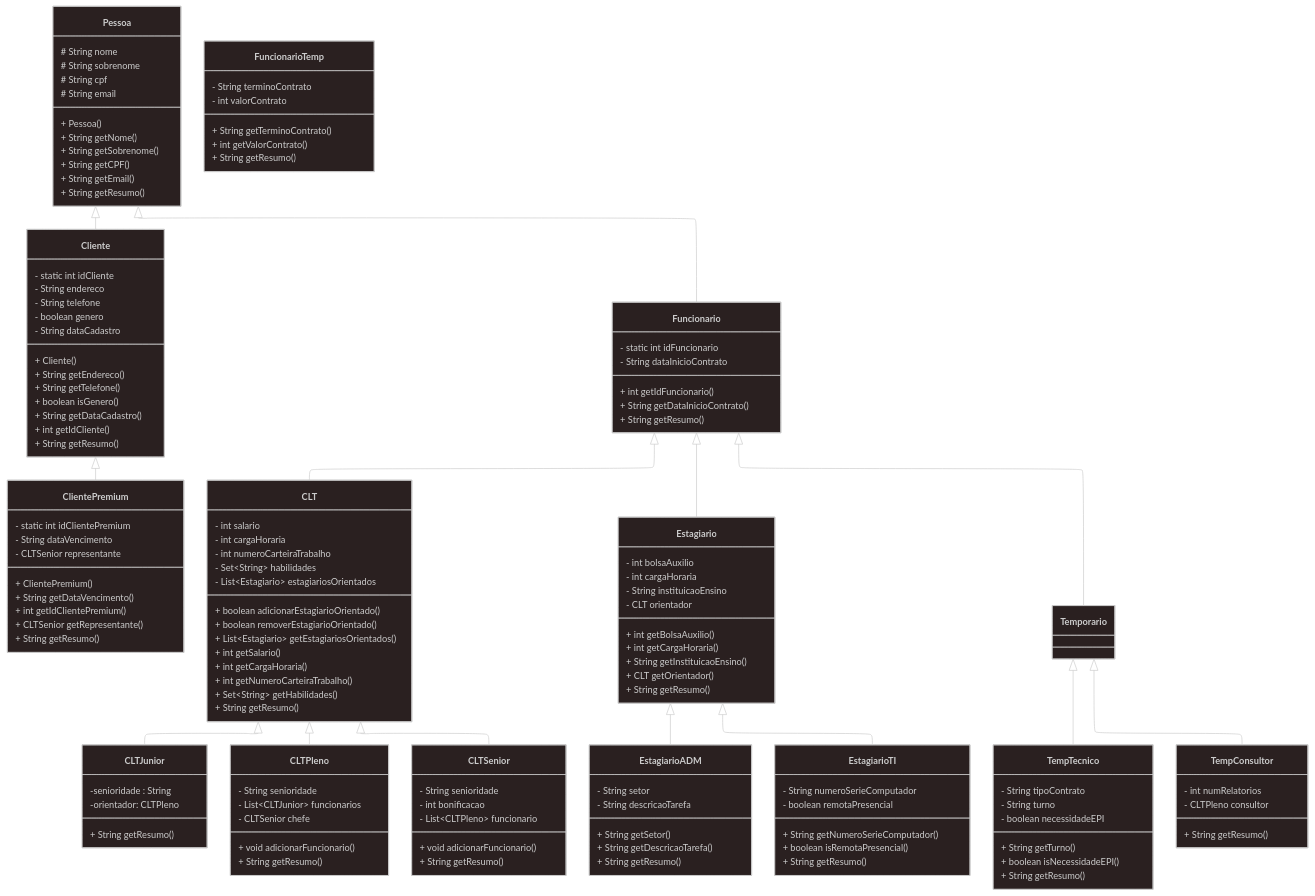
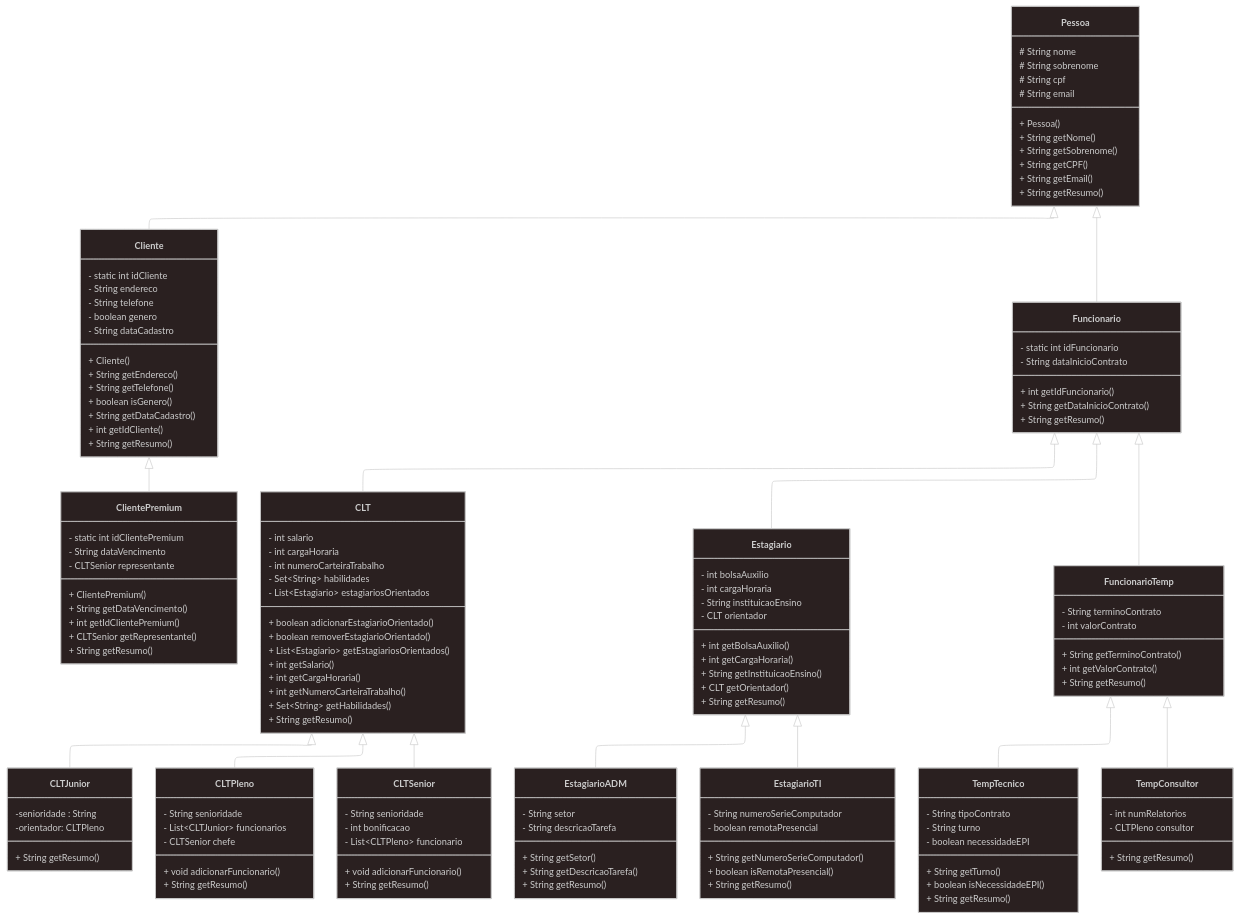
The diagram in readme.md (sergio-prolo-class/laboratorio-4-Bobby-coder-dev), drawn with Mermaid before and after one commit.

````diff
--- a/readme.md
+++ b/readme.md
@@ -144,7 +144,7 @@
 
     Funcionario <|-- CLT
     Funcionario <|-- Estagiario
-    Funcionario <|-- Temporario
+    Funcionario <|-- FuncionarioTemp
 
     CLT <|-- CLTJunior
     CLT <|-- CLTPleno
@@ -153,8 +153,8 @@
     Estagiario <|-- EstagiarioTI
     Estagiario <|-- EstagiarioADM
 
-    Temporario <|-- TempConsultor
-    Temporario <|-- TempTecnico
+    FuncionarioTemp <|-- TempConsultor
+    FuncionarioTemp <|-- TempTecnico
 
 
 ```
````
